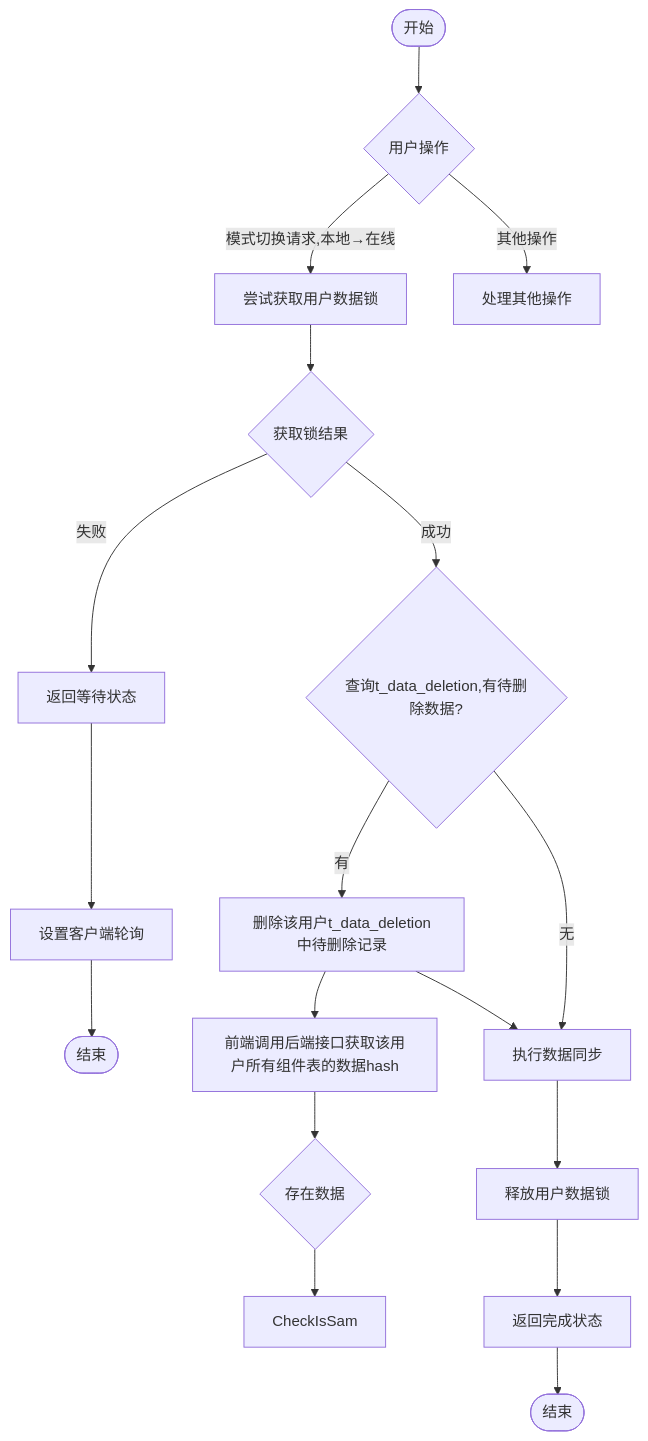
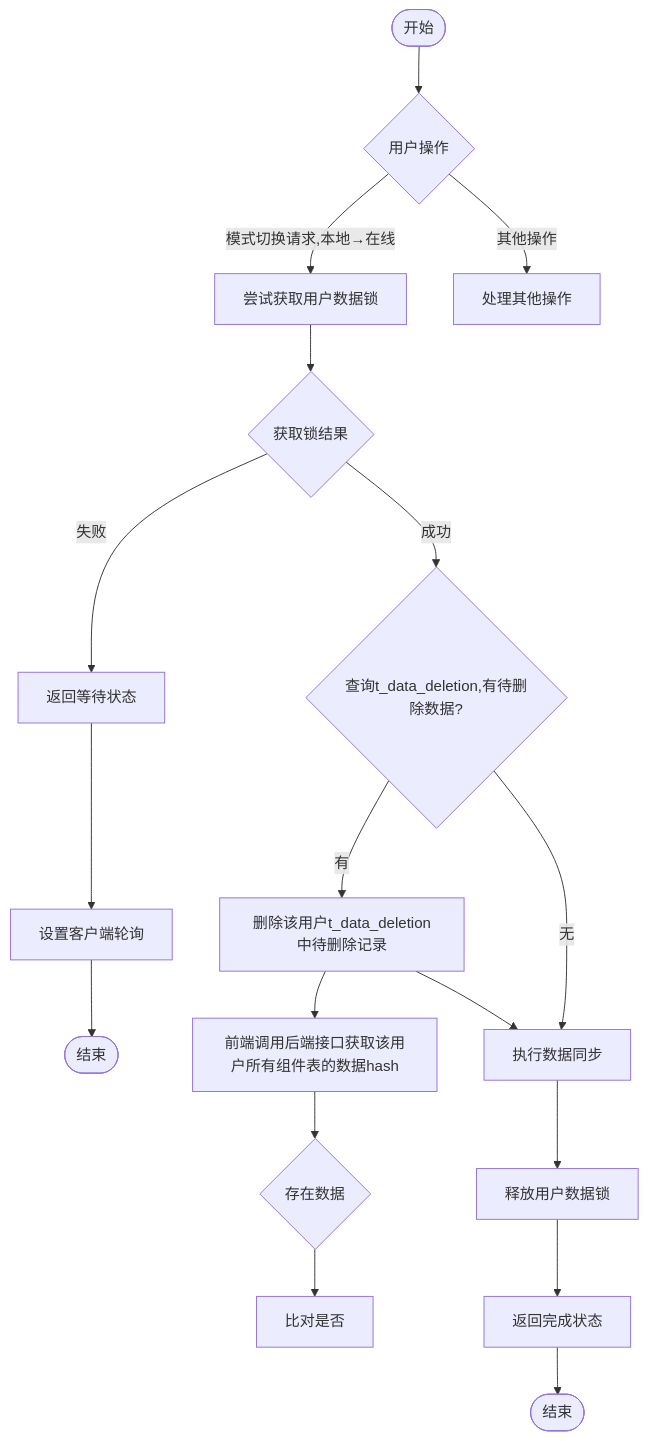
One commit to yingjianzh/iodraw-files changed the diagram in all/未命名-57.md. Above: the diagram before and after it, drawn with Mermaid.

Commit message:
2025-05-12 11:32:35 update

````diff
--- a/all/未命名-57.md
+++ b/all/未命名-57.md
@@ -1,31 +1,31 @@
 ```mermaid
 
 flowchart TD
     %% 主要分支
     Start([开始]) --> UserAction{用户操作}
     UserAction -->|模式切换请求,本地→在线| TryLock[尝试获取用户数据锁]
     UserAction -->|其他操作| OtherOps[处理其他操作]
 
     %% 模式切换流程
     TryLock --> LockResult{获取锁结果}
     
     LockResult -->|失败| ReturnWaiting[返回等待状态]
     ReturnWaiting --> SetupPolling[设置客户端轮询]
     SetupPolling --> End1([结束])
     
     LockResult -->|成功| CheckPendingDeletion{查询t_data_deletion,有待删除数据?}
     
     CheckPendingDeletion -->|有| RemoveDeletionRecords[删除该用户t_data_deletion中待删除记录]
     RemoveDeletionRecords --> FrontGetComponentTableHash[前端调用后端接口获取该用户所有组件表的数据hash]
     FrontGetComponentTableHash --> ExistData{存在数据}
 
-    ExistData --> CheckIsSam
+    ExistData --> CheckIsSame[比对是否]
     RemoveDeletionRecords --> PerformSync[执行数据同步]
     
     CheckPendingDeletion -->|无| PerformSync
     
     PerformSync --> ReleaseSwitchLock[释放用户数据锁]
     ReleaseSwitchLock --> ReturnComplete[返回完成状态]
     ReturnComplete --> End2([结束])
 
 ```
````
